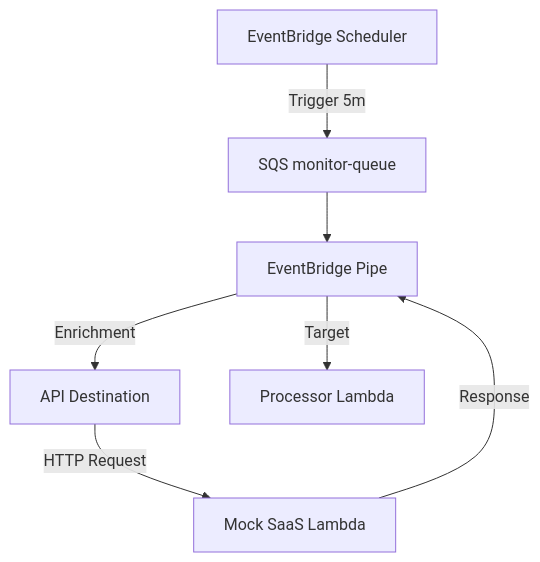
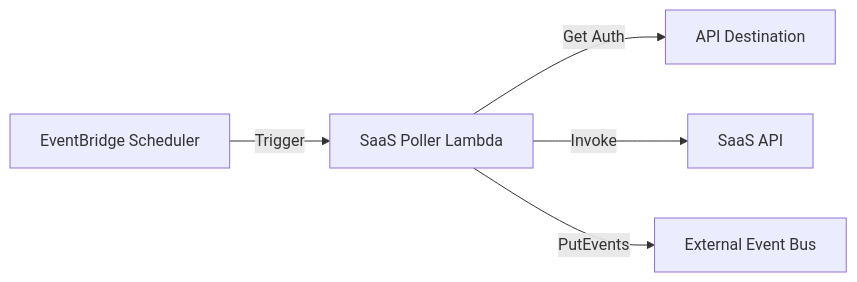
Before and after one commit to noamblu/saas-monitor-architecture: the diagram in README.md, drawn with Mermaid. The commit also changed other lines of this file and 131 other files, not shown here.

Commit message:
Refactor: Replace SQS/Pipe with SaaS Poller Lambda, add full auth support

````diff
--- a/README.md
+++ b/README.md
@@ -9,9 +5,7 @@
 ```mermaid
-graph TD
-    Scheduler[EventBridge Scheduler] -->|Trigger 5m| SQS_Trigger[SQS monitor-queue]
-    SQS_Trigger --> Pipe[EventBridge Pipe]
-    Pipe -->|Enrichment| APIDest[API Destination]
-    APIDest -->|HTTP Request| MockSaaS[Mock SaaS Lambda]
-    MockSaaS -->|Response| Pipe
-    Pipe -->|Target| Processor[Processor Lambda]
+graph LR
+    Scheduler[EventBridge Scheduler] -->|Trigger| Poller[SaaS Poller Lambda]
+    Poller -->|Get Auth| APIDest[API Destination]
+    Poller -->|Invoke| SaaS[SaaS API]
+    Poller -->|PutEvents| Bus[External Event Bus]
 ```
````
